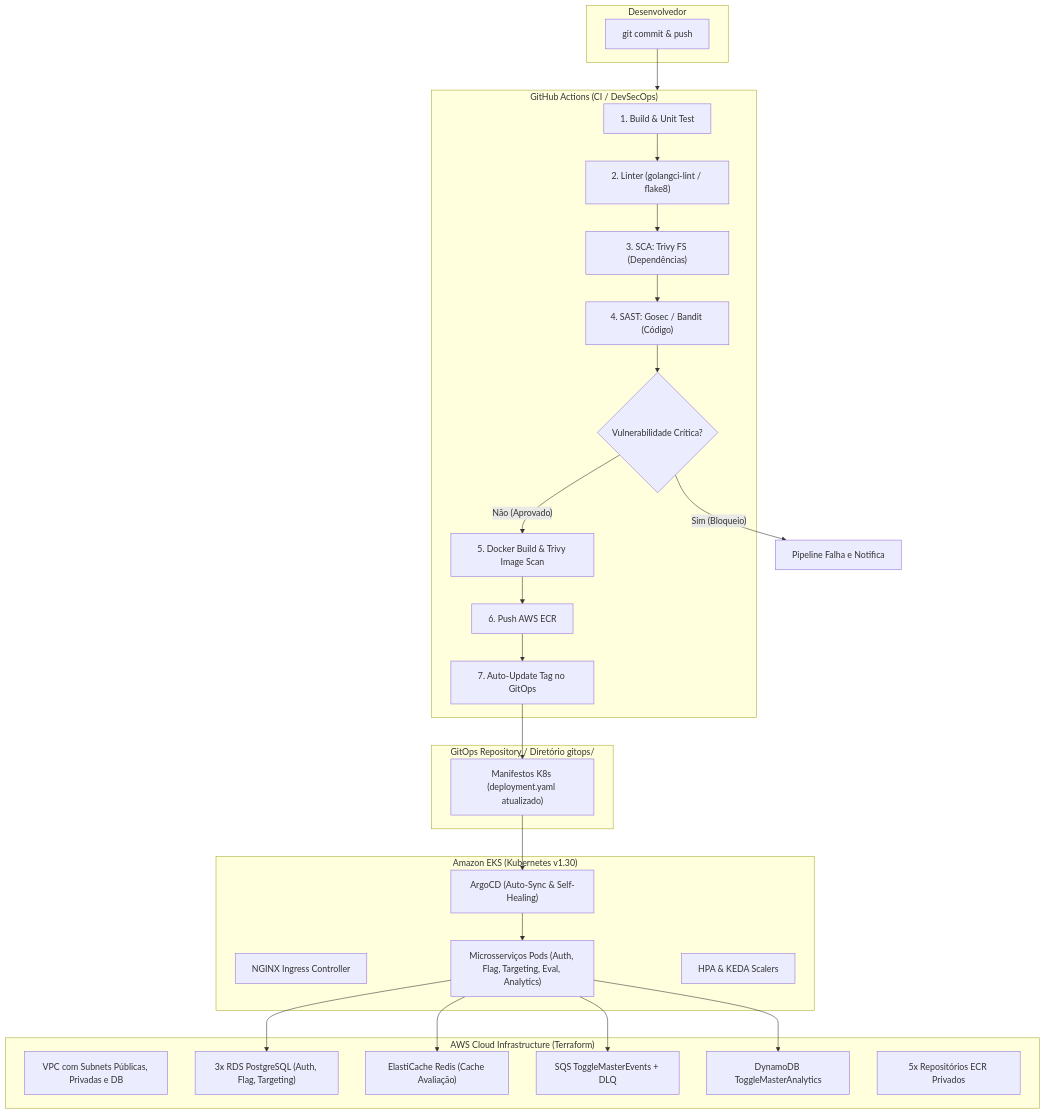
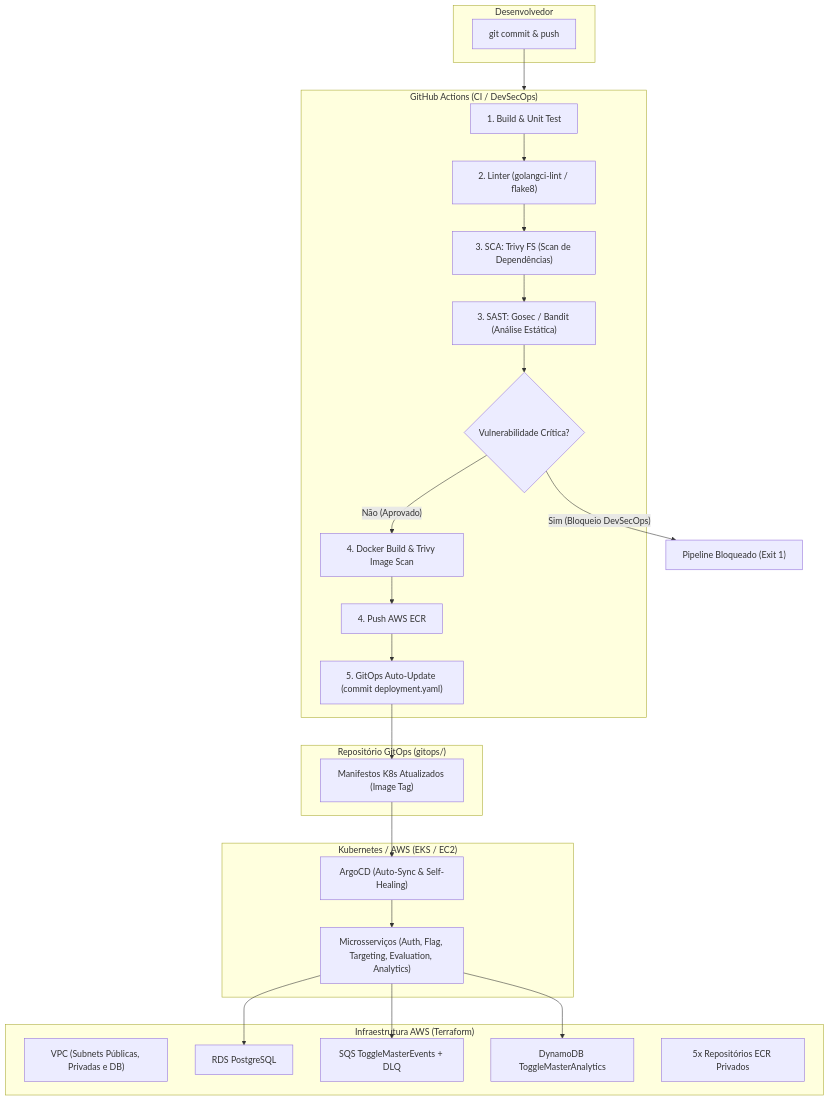
The diagram in README.md (dasilva-dev/tech-challenge-fase3-togglemaster), drawn with Mermaid before and after one commit. The commit also changed other lines of this file and 1 other file, not shown here.

````diff
--- a/README.md
+++ b/README.md
@@ -15,49 +26,45 @@
 ```mermaid
 flowchart TD
     subgraph Dev["Desenvolvedor"]
         GitCommit["git commit & push"]
     end
 
     subgraph CI["GitHub Actions (CI / DevSecOps)"]
         Build["1. Build & Unit Test"]
         Lint["2. Linter (golangci-lint / flake8)"]
-        SCA["3. SCA: Trivy FS (Dependências)"]
-        SAST["4. SAST: Gosec / Bandit (Código)"]
+        SCA["3. SCA: Trivy FS (Scan de Dependências)"]
+        SAST["3. SAST: Gosec / Bandit (Análise Estática)"]
         Gate{"Vulnerabilidade Crítica?"}
-        Docker["5. Docker Build & Trivy Image Scan"]
-        ECR["6. Push AWS ECR"]
-        GitOpsUp["7. Auto-Update Tag no GitOps"]
+        Docker["4. Docker Build & Trivy Image Scan"]
+        ECR["4. Push AWS ECR"]
+        GitOpsUp["5. GitOps Auto-Update (commit deployment.yaml)"]
     end
 
-    subgraph GitOpsRepo["GitOps Repository / Diretório gitops/"]
-        Manifests["Manifestos K8s (deployment.yaml atualizado)"]
+    subgraph GitOpsRepo["Repositório GitOps (gitops/)"]
+        Manifests["Manifestos K8s Atualizados (Image Tag)"]
     end
 
-    subgraph Cluster["Amazon EKS (Kubernetes v1.30)"]
+    subgraph Cluster["Kubernetes / AWS (EKS / EC2)"]
         ArgoCD["ArgoCD (Auto-Sync & Self-Healing)"]
-        Ingress["NGINX Ingress Controller"]
-        Pods["Microsserviços Pods (Auth, Flag, Targeting, Eval, Analytics)"]
-        HPA["HPA & KEDA Scalers"]
+        Pods["Microsserviços (Auth, Flag, Targeting, Evaluation, Analytics)"]
     end
 
-    subgraph AWS["AWS Cloud Infrastructure (Terraform)"]
-        VPC["VPC com Subnets Públicas, Privadas e DB"]
-        RDS["3x RDS PostgreSQL (Auth, Flag, Targeting)"]
-        Redis["ElastiCache Redis (Cache Avaliação)"]
+    subgraph AWS["Infraestrutura AWS (Terraform)"]
+        VPC["VPC (Subnets Públicas, Privadas e DB)"]
+        RDS["RDS PostgreSQL"]
         SQS["SQS ToggleMasterEvents + DLQ"]
         DDB["DynamoDB ToggleMasterAnalytics"]
         ECR_Repos["5x Repositórios ECR Privados"]
     end
 
     GitCommit --> CI
     Build --> Lint --> SCA --> SAST --> Gate
-    Gate -- "Sim (Bloqueio)" --> Fail["Pipeline Falha e Notifica"]
+    Gate -- "Sim (Bloqueio DevSecOps)" --> Fail["Pipeline Bloqueado (Exit 1)"]
     Gate -- "Não (Aprovado)" --> Docker --> ECR --> GitOpsUp
     GitOpsUp --> Manifests
     Manifests --> ArgoCD
     ArgoCD --> Pods
     Pods --> RDS
-    Pods --> Redis
     Pods --> SQS
     Pods --> DDB
 ```
````
